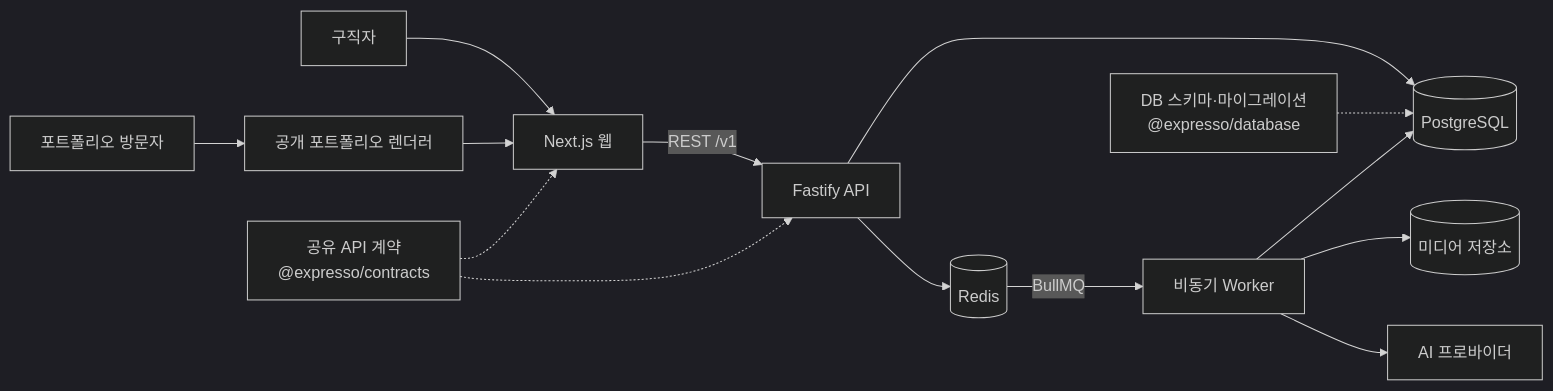
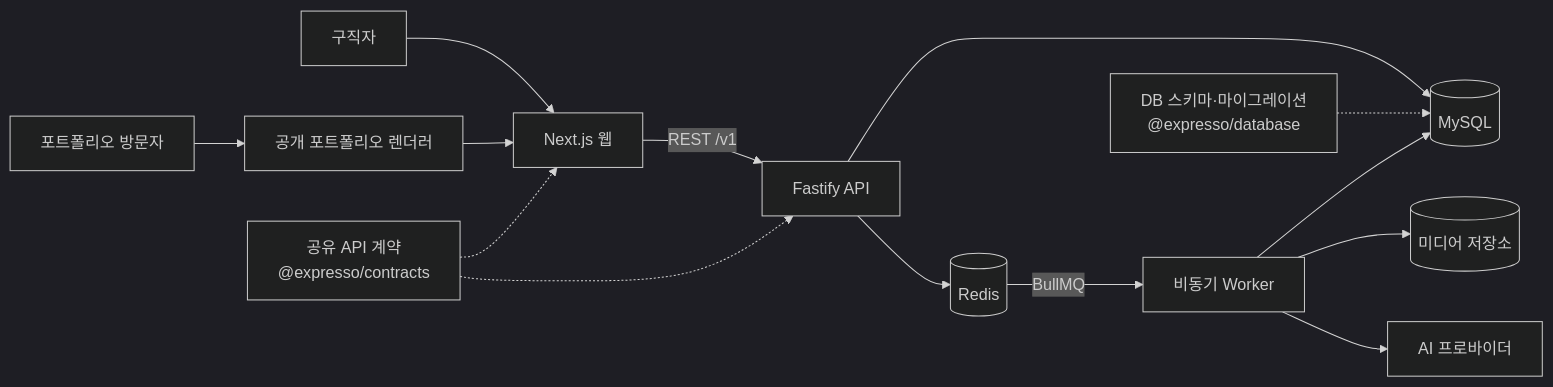
Before and after one commit to Expresso-Organization/expresso: the diagram in README.md, drawn with Mermaid (dark theme). The commit also changed other lines of this file and 19 other files, not shown here.

First line of the commit message:
chore: PostgreSQL 잔재 제거·MySQL 정합

````diff
--- a/README.md
+++ b/README.md
@@ -121,18 +121,18 @@
 ```mermaid
 flowchart LR
     U[구직자] --> WEB[Next.js 웹]
     V[포트폴리오 방문자] --> PUBLIC[공개 포트폴리오 렌더러]
     PUBLIC --> WEB
 
     WEB -->|REST /v1| API[Fastify API]
-    API --> DB[(PostgreSQL)]
+    API --> DB[(MySQL)]
     API --> REDIS[(Redis)]
     REDIS -->|BullMQ| WORKER[비동기 Worker]
     WORKER --> DB
     WORKER --> MEDIA[(미디어 저장소)]
     WORKER --> AI[AI 프로바이더]
 
     CONTRACTS["공유 API 계약<br/>@expresso/contracts"] -.-> WEB
     CONTRACTS -.-> API
     DATABASE["DB 스키마·마이그레이션<br/>@expresso/database"] -.-> DB
 ```
````
